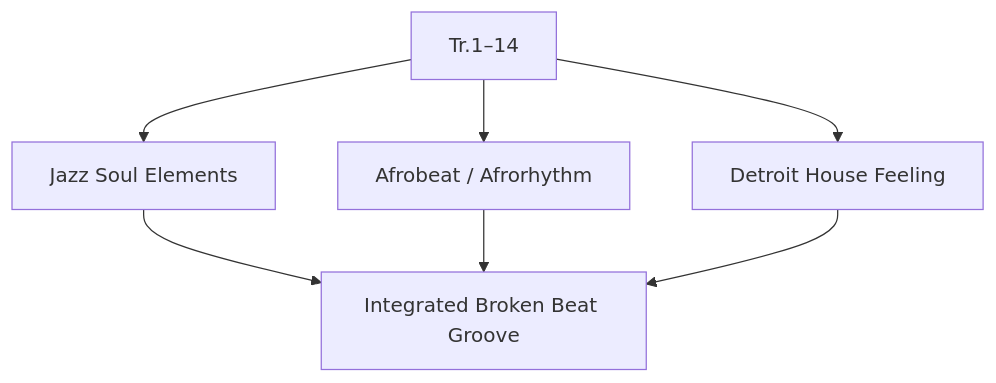
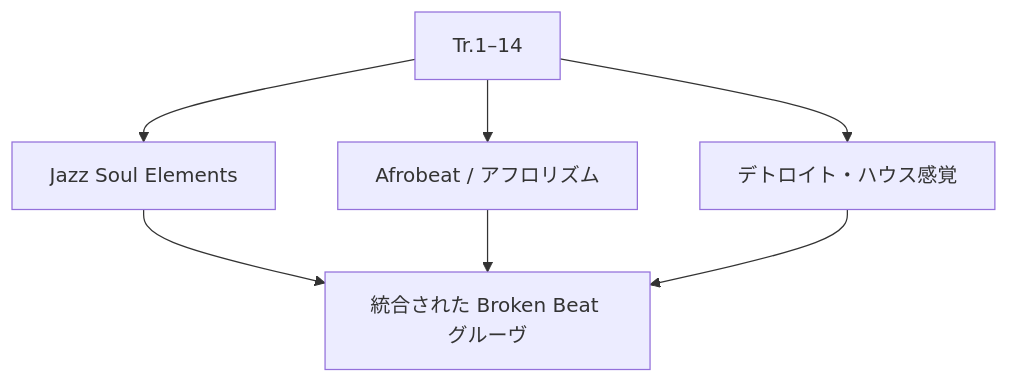
The fourth of 4 diagrams in en/_posts/2025-11-28-column-dego-kaidi-so-we-gwarn.md (monumental-movement/monumental-movement.github.io), drawn with Mermaid before and after one commit. The commit also changed other lines of this file and 2196 other files, not shown here.

```diff
--- a/en/_posts/2025-11-28-column-dego-kaidi-so-we-gwarn.md
+++ b/en/_posts/2025-11-28-column-dego-kaidi-so-we-gwarn.md
@@ -140,7 +140,7 @@
 <div class="mermaid">
 flowchart TD
     A["Tr.1–14"] --> B["Jazz Soul Elements"]
-    A --> C["Afrobeat / Afrorhythm"]
-    A --> D["Detroit House Feeling"]
-    B & C & D --> E["Integrated Broken Beat Groove"]
+    A --> C["Afrobeat / アフロリズム"]
+    A --> D["デトロイト・ハウス感覚"]
+    B & C & D --> E["統合された Broken Beat グルーヴ"]
 </div>
```
